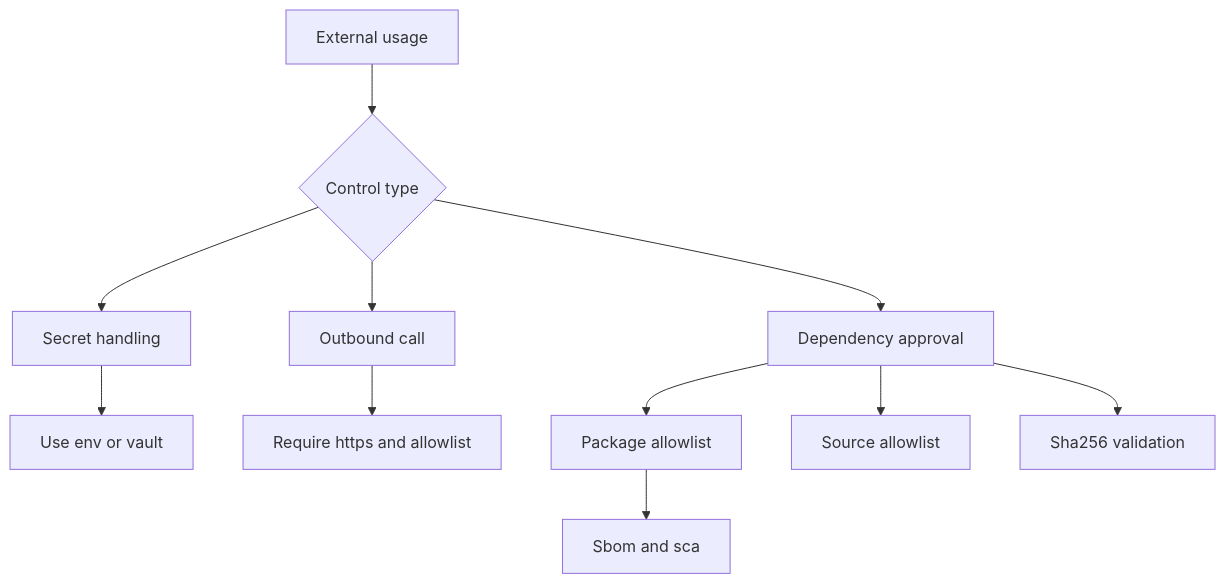
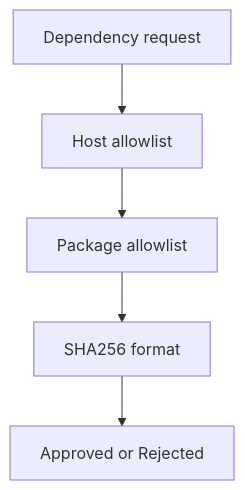
The diagram in 06/README.md (lthobois/sdne), drawn with Mermaid before and after one commit. The commit also changed other lines of this file and 11 other files, not shown here.

````diff
--- a/06/README.md
+++ b/06/README.md
@@ -108,13 +110,7 @@
 ```mermaid
-graph TD
-  N1[External usage] --> N2{Control type}
-  N2 --> N3[Secret handling]
-  N2 --> N4[Outbound call]
-  N2 --> N5[Dependency approval]
-  N3 --> N6[Use env or vault]
-  N4 --> N7[Require https and allowlist]
-  N5 --> N8[Package allowlist]
-  N5 --> N9[Source allowlist]
-  N5 --> N10[Sha256 validation]
-  N8 --> N11[Sbom and sca]
+flowchart TD
+    A[Dependency request] --> B[Host allowlist]
+    B --> C[Package allowlist]
+    C --> D[SHA256 format]
+    D --> E[Approved or Rejected]
 ```
````
